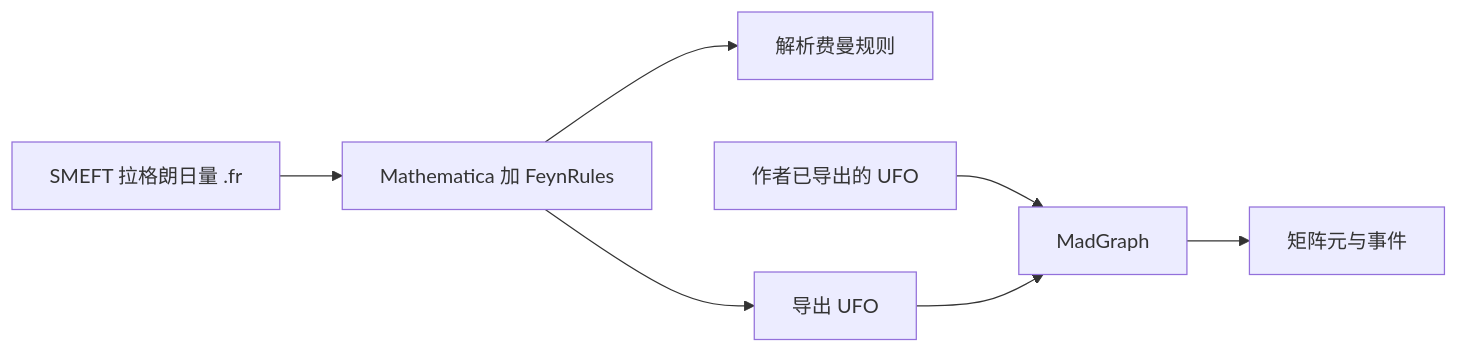
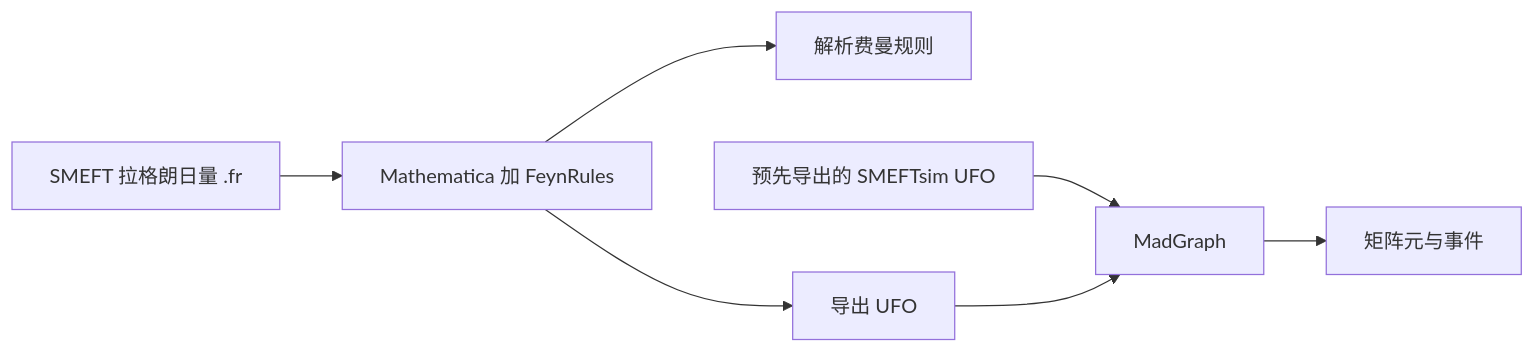
The second of 2 diagrams in docs/model/README.zh-CN.md (RuneTan/smeftsim-learning), drawn with Mermaid before and after one commit. The commit also changed other lines of this file and 39 other files, not shown here.

````diff
--- a/docs/model/README.zh-CN.md
+++ b/docs/model/README.zh-CN.md
@@ -70,9 +70,9 @@
 ```mermaid
 flowchart LR
     A[SMEFT 拉格朗日量 .fr] --> B[Mathematica 加 FeynRules]
     B --> C[解析费曼规则]
     B --> D[导出 UFO]
-    E[作者已导出的 UFO] --> F[MadGraph]
+    E[预先导出的 SMEFTsim UFO] --> F[MadGraph]
     D --> F
     F --> G[矩阵元与事件]
 ```
````
